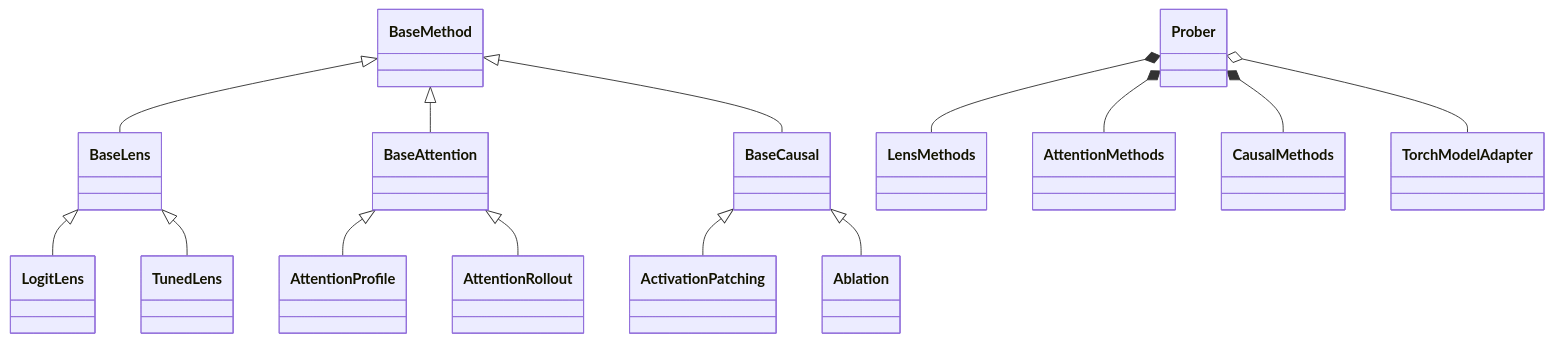
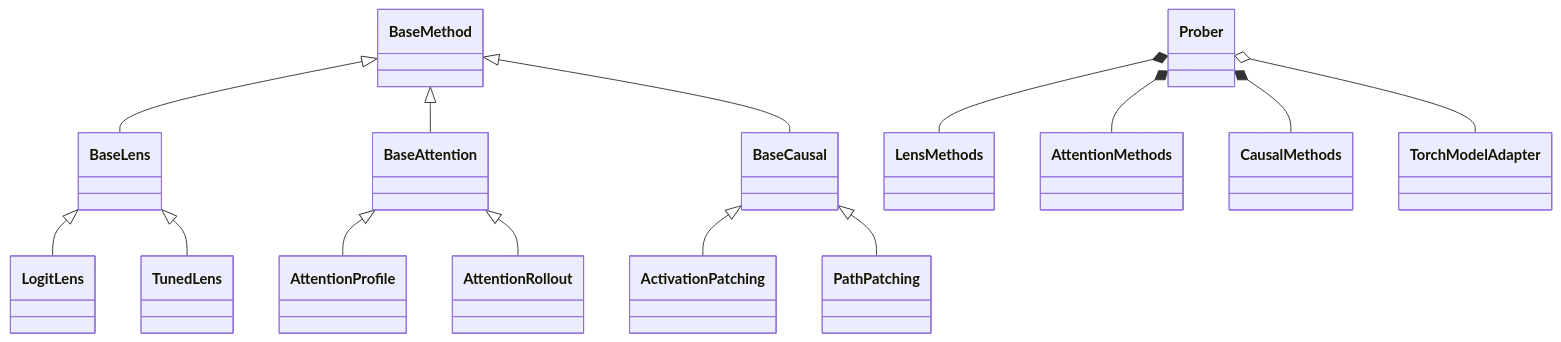
The diagram in docs/ARCHITECTURE.md (gexinh/vlm-probing), drawn with Mermaid before and after one commit. The commit also changed other lines of this file and 179 other files, not shown here.

````diff
--- a/docs/ARCHITECTURE.md
+++ b/docs/ARCHITECTURE.md
@@ -24,16 +24,16 @@
 ```mermaid
 classDiagram
     BaseMethod <|-- BaseLens
     BaseMethod <|-- BaseAttention
     BaseMethod <|-- BaseCausal
     BaseLens <|-- LogitLens
     BaseLens <|-- TunedLens
     BaseAttention <|-- AttentionProfile
     BaseAttention <|-- AttentionRollout
     BaseCausal <|-- ActivationPatching
-    BaseCausal <|-- Ablation
+    BaseCausal <|-- PathPatching
     Prober *-- LensMethods
     Prober *-- AttentionMethods
     Prober *-- CausalMethods
     Prober o-- TorchModelAdapter
 ```
````
